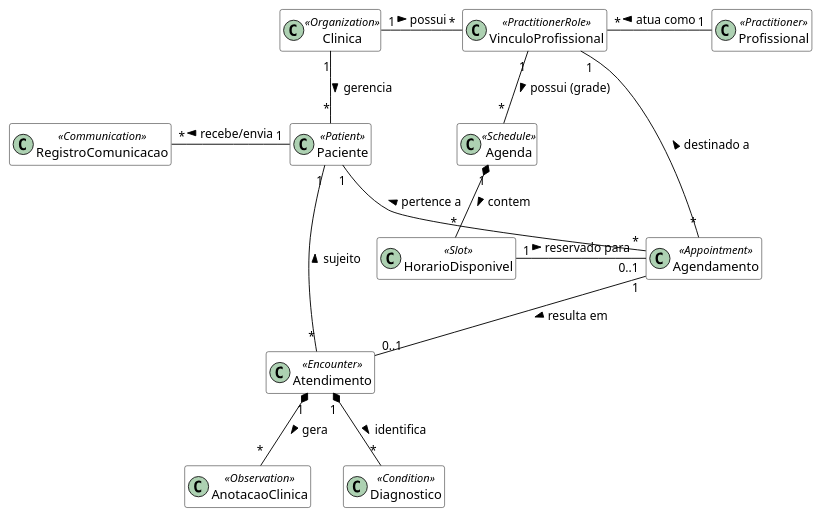
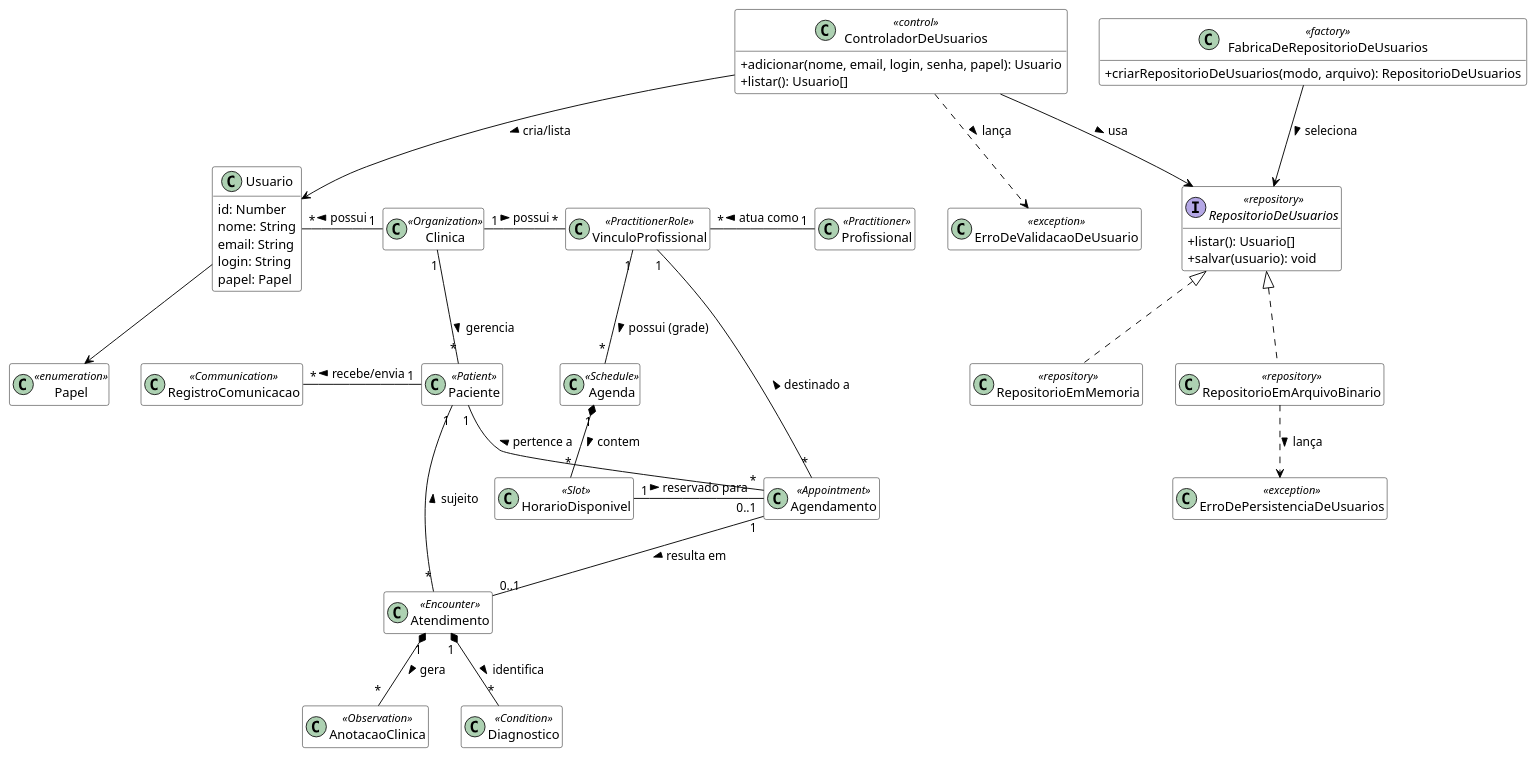
One commit to beatrizmontenegro07/projeto-metodos changed the diagram in docs/relatorio/codigos/classes-de-analise.puml. Above: the diagram before and after it, drawn with PlantUML. The commit also changed 7 other files, not shown here.

```diff
--- a/docs/relatorio/codigos/classes-de-analise.puml
+++ b/docs/relatorio/codigos/classes-de-analise.puml
@@ -1,53 +1,89 @@
 @startuml
 skinparam classAttributeIconSize 0
 hide empty methods
 hide empty attributes
 skinparam class {
     BackgroundColor White
     ArrowColor Black
     BorderColor Black
 }
 
 ' Entidades Principais e Administrativas
 class Clinica <<Organization>>
+class Usuario {
+  id: Number
+  nome: String
+  email: String
+  login: String
+  papel: Papel
+}
+class Papel <<enumeration>>
 class Paciente <<Patient>>
 class Profissional <<Practitioner>>
 class VinculoProfissional <<PractitionerRole>>
+
+' Controle, validação e persistência de usuários
+class ControladorDeUsuarios <<control>> {
+  +adicionar(nome, email, login, senha, papel): Usuario
+  +listar(): Usuario[]
+}
+interface RepositorioDeUsuarios <<repository>> {
+  +listar(): Usuario[]
+  +salvar(usuario): void
+}
+class RepositorioEmMemoria <<repository>>
+class RepositorioEmArquivoBinario <<repository>>
+class FabricaDeRepositorioDeUsuarios <<factory>> {
+  +criarRepositorioDeUsuarios(modo, arquivo): RepositorioDeUsuarios
+}
+class ErroDeValidacaoDeUsuario <<exception>>
+class ErroDePersistenciaDeUsuarios <<exception>>
 
 ' Entidades de Agendamento (Módulo Ambulatorial)
 class Agenda <<Schedule>>
 class HorarioDisponivel <<Slot>>
 class Agendamento <<Appointment>>
 
 ' Entidades de Relacionamento (CRM)
 class RegistroComunicacao <<Communication>>
 
 ' Entidades Clínicas Básicas
 class Atendimento <<Encounter>>
 class AnotacaoClinica <<Observation>>
 class Diagnostico <<Condition>>
 
 ' Relacionamentos Estruturais
 Clinica "1" -down- "*" Paciente : gerencia >
 Clinica "1" -right- "*" VinculoProfissional : possui >
 Profissional "1" -left- "*" VinculoProfissional : atua como >
+Clinica "1" -left- "*" Usuario : possui >
+Usuario --> Papel
+
+' Validação e persistência da Sprint 02
+ControladorDeUsuarios --> Usuario : cria/lista >
+ControladorDeUsuarios --> RepositorioDeUsuarios : usa >
+ControladorDeUsuarios ..> ErroDeValidacaoDeUsuario : lança >
+RepositorioDeUsuarios <|.. RepositorioEmMemoria
+RepositorioDeUsuarios <|.. RepositorioEmArquivoBinario
+RepositorioEmArquivoBinario ..> ErroDePersistenciaDeUsuarios : lança >
+FabricaDeRepositorioDeUsuarios --> RepositorioDeUsuarios : seleciona >
 
 ' Relacionamentos de CRM e Comunicação
 Paciente "1" -left- "*" RegistroComunicacao : recebe/envia >
 
 ' Relacionamentos de Agendamento (Baseado na Grade Ambulatorial)
 VinculoProfissional "1" -down- "*" Agenda : possui (grade) >
 Agenda "1" *-down- "*" HorarioDisponivel : contem >
 HorarioDisponivel "1" -right- "0..1" Agendamento : reservado para >
 Agendamento "*" -up- "1" Paciente : pertence a >
 Agendamento "*" -up- "1" VinculoProfissional : destinado a >
 
 ' Relacionamentos do Encontro Clínico
 Agendamento "1" -down- "0..1" Atendimento : resulta em >
 Atendimento "*" -up- "1" Paciente : sujeito >
 
 ' Relacionamentos de Desfecho Clínico
 Atendimento "1" *-down- "*" AnotacaoClinica : gera >
 Atendimento "1" *-down- "*" Diagnostico : identifica >
 
 @enduml
```
